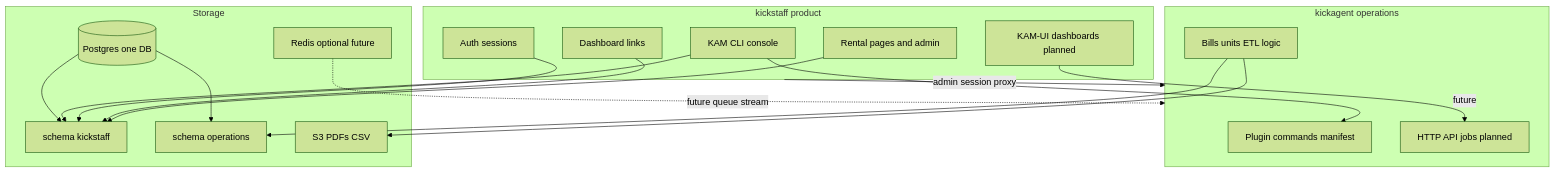
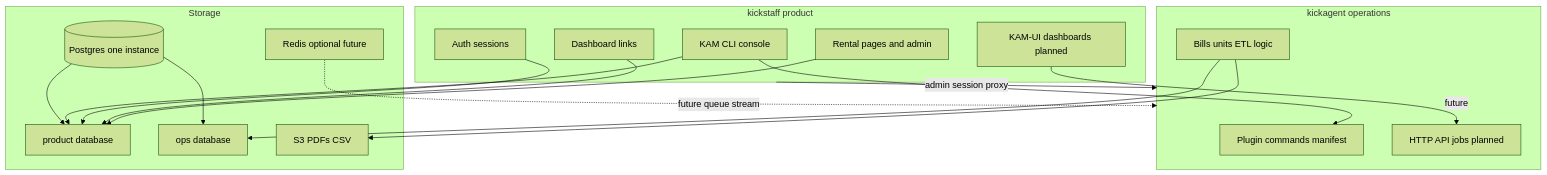
One commit to zethdubois/kickstaff changed the diagram in docs/guides/platform-overview.md. Above: the diagram before and after it, drawn with Mermaid (forest theme). The commit also changed other lines of this file and 26 other files, not shown here.

Commit message:
[c] Replace kam:reload-kickagent and shell with host load/unload and namespace palettes; fold unalias into alias --remove; update host command docs. [c] One instance, two databases: AGENTS and env example; spawn rewrites product URL path to kickagent_ops_dev / kickagent_ops.

````diff
--- a/docs/guides/platform-overview.md
+++ b/docs/guides/platform-overview.md
@@ -21,37 +21,37 @@
 ```mermaid
 flowchart TB
   subgraph kickstaff [kickstaff product]
     Rental[Rental pages and admin]
     Hub[Dashboard links]
     KAM[KAM CLI console]
     KAMUI[KAM-UI dashboards planned]
     PWAuth[Auth sessions]
   end
 
   subgraph kickagent [kickagent operations]
     Plugin[Plugin commands manifest]
     API[HTTP API jobs planned]
     OpsLogic[Bills units ETL logic]
   end
 
   subgraph storage [Storage]
-    PG[(Postgres one DB)]
-    PWSchema[schema kickstaff]
-    OpSchema[schema operations]
+    PG[(Postgres one instance)]
+    PWSchema[product database]
+    OpSchema[ops database]
     S3[S3 PDFs CSV]
     RedisFuture[Redis optional future]
   end
 
   kickstaff -->|admin session proxy| kickagent
   KAM --> Plugin
   KAMUI -->|future| API
   Rental --> PWSchema
   Hub --> PWSchema
   PWAuth --> PWSchema
   KAM --> PWSchema
   OpsLogic --> OpSchema
   OpsLogic --> S3
   RedisFuture -.->|future queue stream| kickagent
   PG --> PWSchema
   PG --> OpSchema
 ```
````
